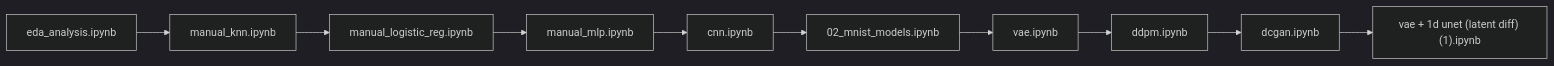
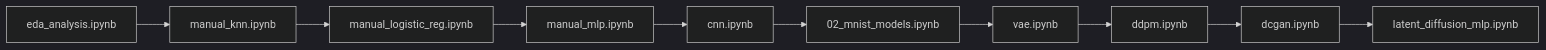
Before and after one commit to jt-09/mnist-generative-models-lab: the diagram in README.md, drawn with Mermaid (dark theme). The commit also changed other lines of this file and 17 other files, not shown here.

````diff
--- a/README.md
+++ b/README.md
@@ -36,12 +42,12 @@
 ```mermaid
 flowchart LR
     EDA[eda_analysis.ipynb] --> KNN[manual_knn.ipynb]
     KNN --> LR[manual_logistic_reg.ipynb]
     LR --> MLP[manual_mlp.ipynb]
     MLP --> CNN[cnn.ipynb]
     CNN --> CMP[02_mnist_models.ipynb]
     CMP --> VAE[vae.ipynb]
     VAE --> DDPM[ddpm.ipynb]
     DDPM --> GAN[dcgan.ipynb]
-    GAN --> LD["vae + 1d unet (latent diff) (1).ipynb"]
+    GAN --> LD[latent_diffusion_mlp.ipynb]
 ```
````
